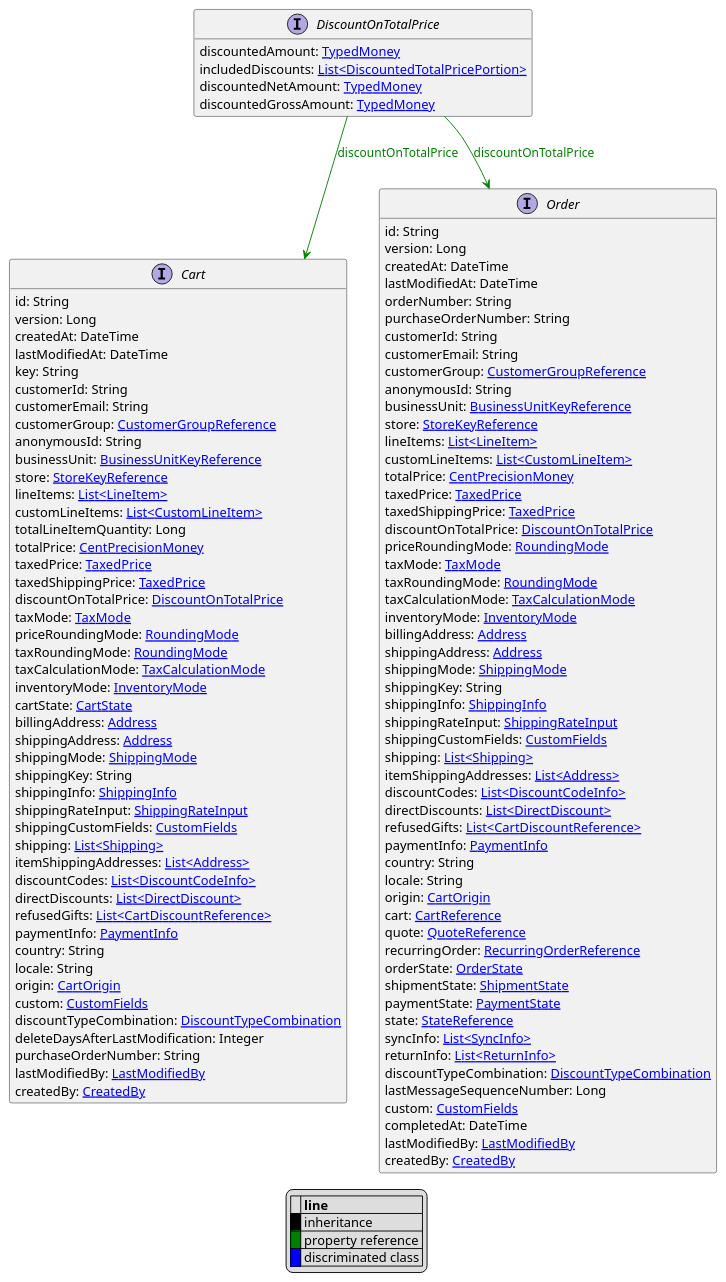
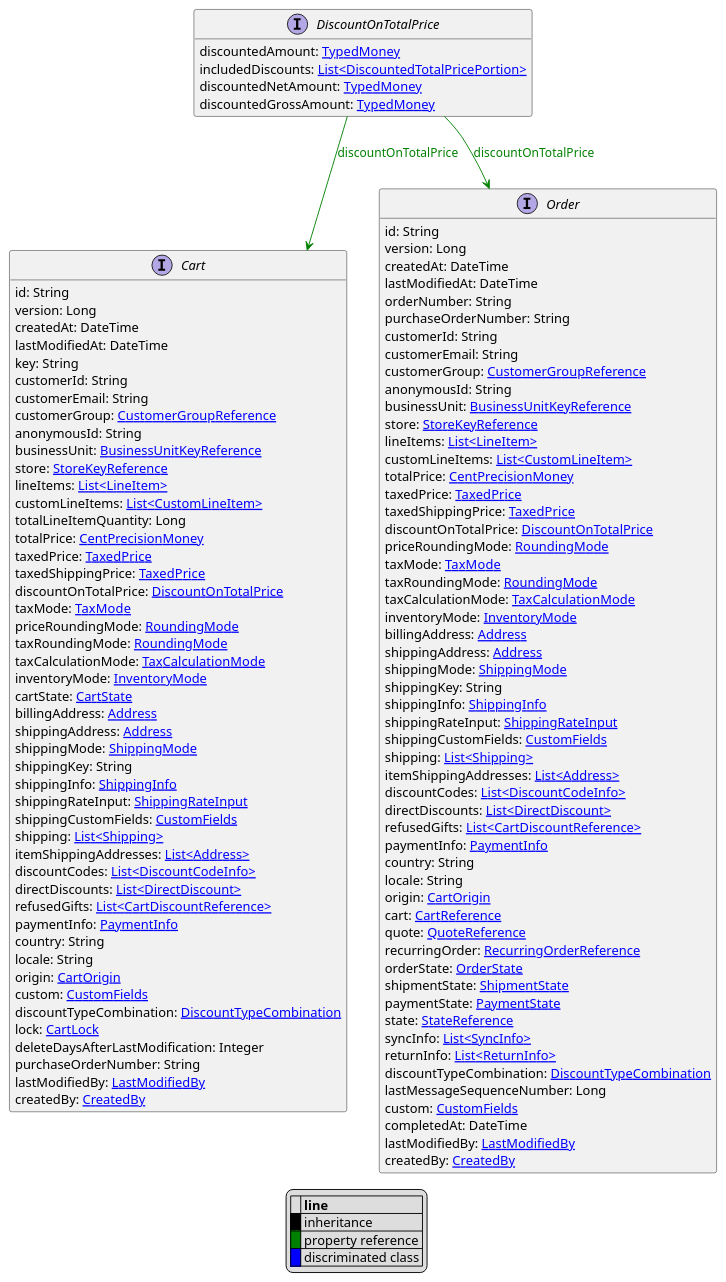
Before and after one commit to commercetools/commercetools-api-reference: the diagram in uml/api/DiscountOnTotalPrice.puml, drawn with PlantUML. The commit also changed 237 other files, not shown here.

```diff
--- a/uml/api/DiscountOnTotalPrice.puml
+++ b/uml/api/DiscountOnTotalPrice.puml
@@ -1,127 +1,128 @@
 @startuml
 
 hide empty fields
 hide empty methods
 legend
 |= |= line |
 |<back:black>   </back>| inheritance |
 |<back:green>   </back>| property reference |
 |<back:blue>   </back>| discriminated class |
 endlegend
 interface DiscountOnTotalPrice [[DiscountOnTotalPrice.svg]]  {
     discountedAmount: [[TypedMoney.svg TypedMoney]]
     includedDiscounts: [[DiscountedTotalPricePortion.svg List<DiscountedTotalPricePortion>]]
     discountedNetAmount: [[TypedMoney.svg TypedMoney]]
     discountedGrossAmount: [[TypedMoney.svg TypedMoney]]
 }
 
 
 
 interface Cart [[Cart.svg]]  {
     id: String
     version: Long
     createdAt: DateTime
     lastModifiedAt: DateTime
     key: String
     customerId: String
     customerEmail: String
     customerGroup: [[CustomerGroupReference.svg CustomerGroupReference]]
     anonymousId: String
     businessUnit: [[BusinessUnitKeyReference.svg BusinessUnitKeyReference]]
     store: [[StoreKeyReference.svg StoreKeyReference]]
     lineItems: [[LineItem.svg List<LineItem>]]
     customLineItems: [[CustomLineItem.svg List<CustomLineItem>]]
     totalLineItemQuantity: Long
     totalPrice: [[CentPrecisionMoney.svg CentPrecisionMoney]]
     taxedPrice: [[TaxedPrice.svg TaxedPrice]]
     taxedShippingPrice: [[TaxedPrice.svg TaxedPrice]]
     discountOnTotalPrice: [[DiscountOnTotalPrice.svg DiscountOnTotalPrice]]
     taxMode: [[TaxMode.svg TaxMode]]
     priceRoundingMode: [[RoundingMode.svg RoundingMode]]
     taxRoundingMode: [[RoundingMode.svg RoundingMode]]
     taxCalculationMode: [[TaxCalculationMode.svg TaxCalculationMode]]
     inventoryMode: [[InventoryMode.svg InventoryMode]]
     cartState: [[CartState.svg CartState]]
     billingAddress: [[Address.svg Address]]
     shippingAddress: [[Address.svg Address]]
     shippingMode: [[ShippingMode.svg ShippingMode]]
     shippingKey: String
     shippingInfo: [[ShippingInfo.svg ShippingInfo]]
     shippingRateInput: [[ShippingRateInput.svg ShippingRateInput]]
     shippingCustomFields: [[CustomFields.svg CustomFields]]
     shipping: [[Shipping.svg List<Shipping>]]
     itemShippingAddresses: [[Address.svg List<Address>]]
     discountCodes: [[DiscountCodeInfo.svg List<DiscountCodeInfo>]]
     directDiscounts: [[DirectDiscount.svg List<DirectDiscount>]]
     refusedGifts: [[CartDiscountReference.svg List<CartDiscountReference>]]
     paymentInfo: [[PaymentInfo.svg PaymentInfo]]
     country: String
     locale: String
     origin: [[CartOrigin.svg CartOrigin]]
     custom: [[CustomFields.svg CustomFields]]
     discountTypeCombination: [[DiscountTypeCombination.svg DiscountTypeCombination]]
+    lock: [[CartLock.svg CartLock]]
     deleteDaysAfterLastModification: Integer
     purchaseOrderNumber: String
     lastModifiedBy: [[LastModifiedBy.svg LastModifiedBy]]
     createdBy: [[CreatedBy.svg CreatedBy]]
 }
 interface Order [[Order.svg]]  {
     id: String
     version: Long
     createdAt: DateTime
     lastModifiedAt: DateTime
     orderNumber: String
     purchaseOrderNumber: String
     customerId: String
     customerEmail: String
     customerGroup: [[CustomerGroupReference.svg CustomerGroupReference]]
     anonymousId: String
     businessUnit: [[BusinessUnitKeyReference.svg BusinessUnitKeyReference]]
     store: [[StoreKeyReference.svg StoreKeyReference]]
     lineItems: [[LineItem.svg List<LineItem>]]
     customLineItems: [[CustomLineItem.svg List<CustomLineItem>]]
     totalPrice: [[CentPrecisionMoney.svg CentPrecisionMoney]]
     taxedPrice: [[TaxedPrice.svg TaxedPrice]]
     taxedShippingPrice: [[TaxedPrice.svg TaxedPrice]]
     discountOnTotalPrice: [[DiscountOnTotalPrice.svg DiscountOnTotalPrice]]
     priceRoundingMode: [[RoundingMode.svg RoundingMode]]
     taxMode: [[TaxMode.svg TaxMode]]
     taxRoundingMode: [[RoundingMode.svg RoundingMode]]
     taxCalculationMode: [[TaxCalculationMode.svg TaxCalculationMode]]
     inventoryMode: [[InventoryMode.svg InventoryMode]]
     billingAddress: [[Address.svg Address]]
     shippingAddress: [[Address.svg Address]]
     shippingMode: [[ShippingMode.svg ShippingMode]]
     shippingKey: String
     shippingInfo: [[ShippingInfo.svg ShippingInfo]]
     shippingRateInput: [[ShippingRateInput.svg ShippingRateInput]]
     shippingCustomFields: [[CustomFields.svg CustomFields]]
     shipping: [[Shipping.svg List<Shipping>]]
     itemShippingAddresses: [[Address.svg List<Address>]]
     discountCodes: [[DiscountCodeInfo.svg List<DiscountCodeInfo>]]
     directDiscounts: [[DirectDiscount.svg List<DirectDiscount>]]
     refusedGifts: [[CartDiscountReference.svg List<CartDiscountReference>]]
     paymentInfo: [[PaymentInfo.svg PaymentInfo]]
     country: String
     locale: String
     origin: [[CartOrigin.svg CartOrigin]]
     cart: [[CartReference.svg CartReference]]
     quote: [[QuoteReference.svg QuoteReference]]
     recurringOrder: [[RecurringOrderReference.svg RecurringOrderReference]]
     orderState: [[OrderState.svg OrderState]]
     shipmentState: [[ShipmentState.svg ShipmentState]]
     paymentState: [[PaymentState.svg PaymentState]]
     state: [[StateReference.svg StateReference]]
     syncInfo: [[SyncInfo.svg List<SyncInfo>]]
     returnInfo: [[ReturnInfo.svg List<ReturnInfo>]]
     discountTypeCombination: [[DiscountTypeCombination.svg DiscountTypeCombination]]
     lastMessageSequenceNumber: Long
     custom: [[CustomFields.svg CustomFields]]
     completedAt: DateTime
     lastModifiedBy: [[LastModifiedBy.svg LastModifiedBy]]
     createdBy: [[CreatedBy.svg CreatedBy]]
 }
 
 DiscountOnTotalPrice --> Cart #green;text:green : "discountOnTotalPrice"
 DiscountOnTotalPrice --> Order #green;text:green : "discountOnTotalPrice"
 @enduml
```
